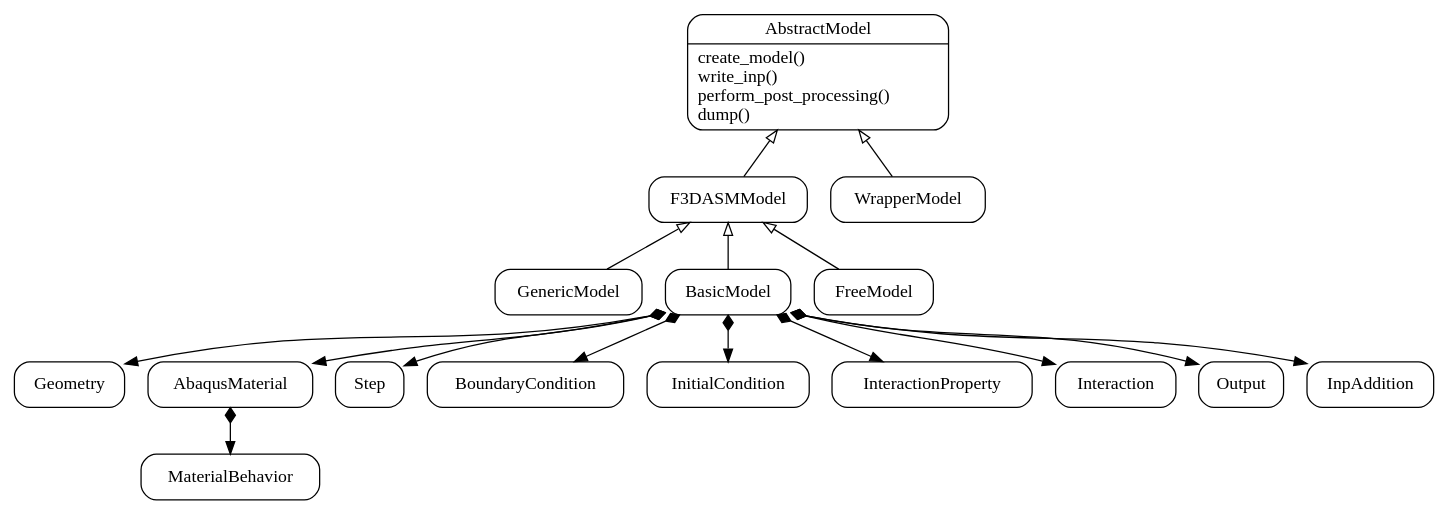
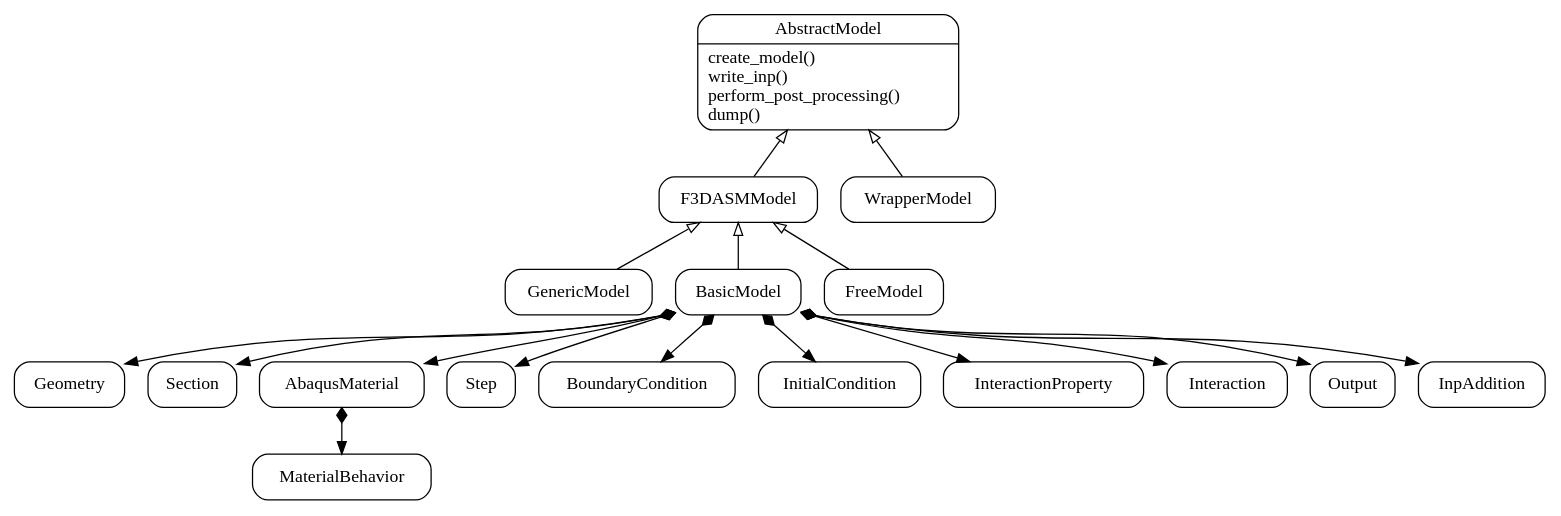
One commit to bessagroup/f3dasm changed the diagram in uml/AbstractModel.gv. Above: the diagram before and after it, drawn with Graphviz. The commit also changed 3 other files, not shown here.

```diff
--- a/uml/AbstractModel.gv
+++ b/uml/AbstractModel.gv
@@ -1,43 +1,45 @@
     digraph Model {
 
         node[shape=record, style=rounded]
         AbstractModel[label = "{AbstractModel|create_model()\lwrite_inp()\lperform_post_processing()\ldump()\l}"]
         F3DASMModel[label = "{F3DASMModel}"]
         GenericModel[label = "{GenericModel}"]
         BasicModel[label = "{BasicModel}"]
         FreeModel[label = "{FreeModel}"]
         WrapperModel[label = "{WrapperModel}"]
         Geometry[label = "{Geometry}"]
+        Section[label = "{Section}"]
         AbaqusMaterial[label = "{AbaqusMaterial}"]
         MaterialBehavior[label = "{MaterialBehavior}"]
         Step[label = "{Step}"]
         BoundaryCondition[label = "{BoundaryCondition}"]
         InitialCondition[label = "{InitialCondition}"]  // TODO: implement
         InteractionProperty[label = "{InteractionProperty}"]  // TODO: implement properly
         Interaction[label = "{Interaction}"]
         Output[label = "{Output}"]
         InpAddition[label = "{InpAddition}"]
 
         // generalizations
         edge[dir=back, arrowtail=empty, style=normal]
         AbstractModel->F3DASMModel
         AbstractModel->WrapperModel
         F3DASMModel->GenericModel
         F3DASMModel->BasicModel
         F3DASMModel->FreeModel
 
         // compositions
         edge[dir=both, arrowtail=diamond, arrowhead=normal, style=normal]
         BasicModel->Geometry
         BasicModel->AbaqusMaterial
+        BasicModel->Section
         AbaqusMaterial->MaterialBehavior
         BasicModel->Step
         BasicModel->BoundaryCondition
         BasicModel->InitialCondition
         BasicModel->InteractionProperty
         BasicModel->Interaction
         BasicModel->Output
         BasicModel->InpAddition
 
 
     }
```
